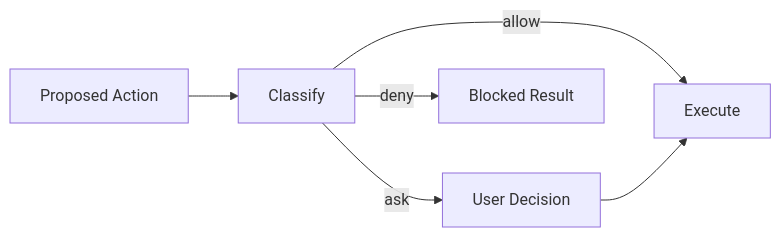
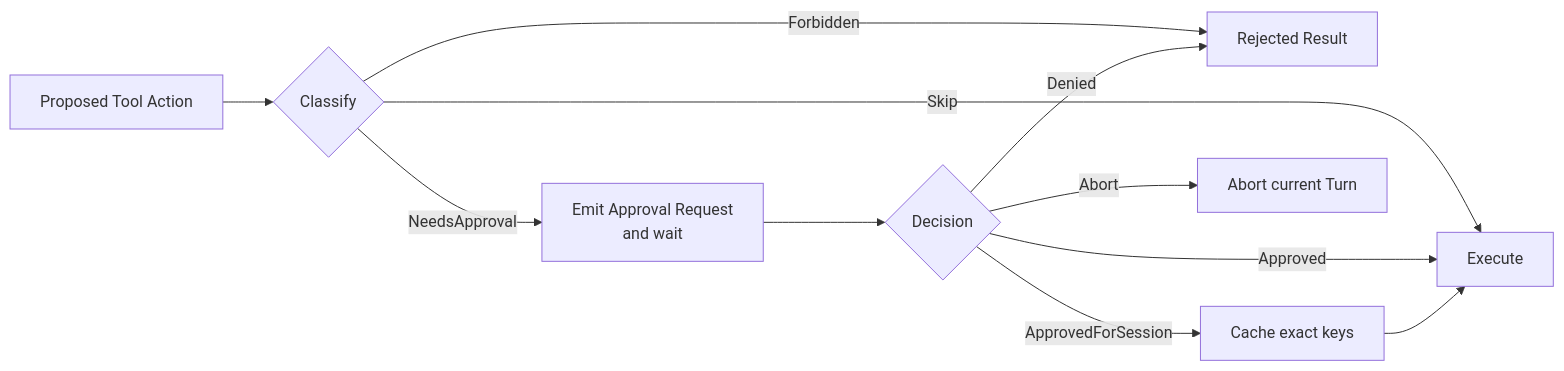
Before and after one commit to zz1403489227-crypto/learn-codex: the diagram in s06_approval_pipeline/README.md, drawn with Mermaid. The commit also changed other lines of this file and 5 other files, not shown here.

````diff
--- a/s06_approval_pipeline/README.md
+++ b/s06_approval_pipeline/README.md
@@ -3,8 +3,12 @@
 ```mermaid
 flowchart LR
-    A["Proposed Action"] --> C["Classify"]
-    C -->|allow| E["Execute"]
-    C -->|ask| U["User Decision"]
-    C -->|deny| B["Blocked Result"]
-    U --> E
+    A["Proposed Tool Action"] --> C{"Classify"}
+    C -->|Skip| E["Execute"]
+    C -->|Forbidden| R["Rejected Result"]
+    C -->|NeedsApproval| Q["Emit Approval Request<br/>and wait"]
+    Q --> D{"Decision"}
+    D -->|Approved| E
+    D -->|ApprovedForSession| K["Cache exact keys"] --> E
+    D -->|Denied| R
+    D -->|Abort| X["Abort current Turn"]
 ```
````
